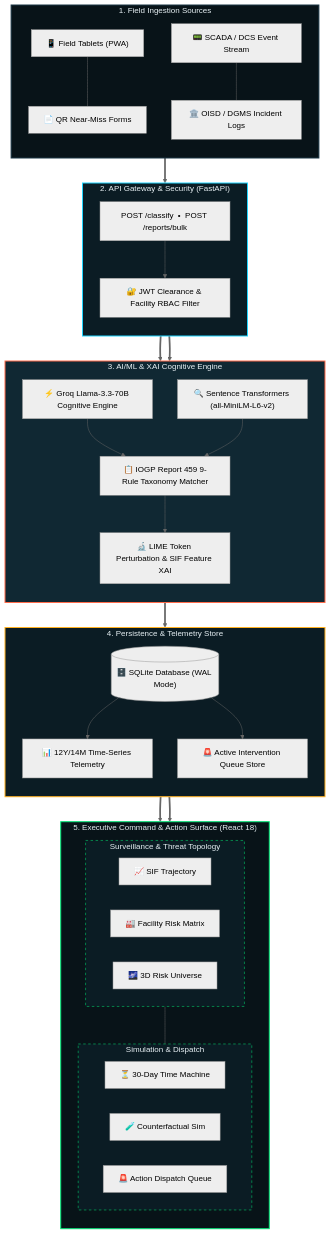
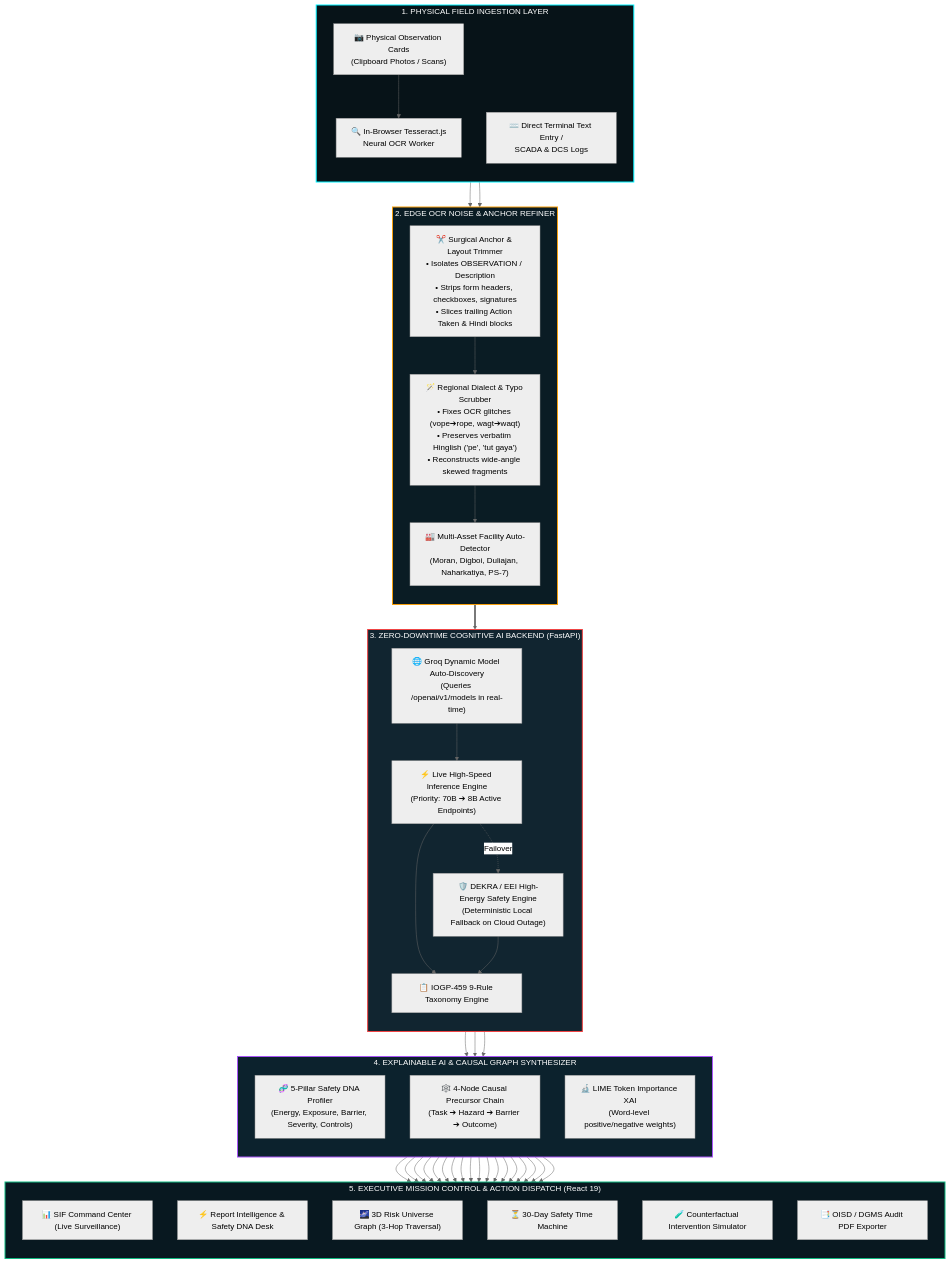
Before and after one commit to dharani25007-code/SENTINEL-X: the first of 5 diagrams in README.md, drawn with Mermaid (neutral theme). The commit also changed other lines of this file and 15 other files, not shown here.

Commit message:
feat(sih26165): add multi-modal card OCR, zero-downtime dynamic SIF engine, causal graph & comprehensive README architecture

````diff
--- a/README.md
+++ b/README.md
@@ -545,60 +100,56 @@
 ```mermaid
-flowchart TD
-    subgraph L1["1. Field Ingestion Sources"]
+graph TB
+    subgraph S1["1. PHYSICAL FIELD INGESTION LAYER"]
         direction TB
-        A1["📱 Field Tablets (PWA)"] --- A2["📄 QR Near-Miss Forms"]
-        A3["📟 SCADA / DCS Event Stream"] --- A4["🏛️ OISD / DGMS Incident Logs"]
+        IMG["📷 Physical Observation Cards<br/>(Clipboard Photos / Scans)"]
+        TXT["⌨️ Direct Terminal Text Entry /<br/>SCADA & DCS Logs"]
+        TESS["🔍 In-Browser Tesseract.js<br/>Neural OCR Worker"]
+        IMG --> TESS
     end
 
-    subgraph L2["2. API Gateway & Security (FastAPI)"]
+    subgraph S2["2. EDGE OCR NOISE & ANCHOR REFINER"]
         direction TB
-        B1["POST /classify  •  POST /reports/bulk"]
-        B2["🔐 JWT Clearance & Facility RBAC Filter"]
-        B1 --> B2
+        TRIM["✂️ Surgical Anchor & Layout Trimmer<br/>• Isolates OBSERVATION / Description<br/>• Strips form headers, checkboxes, signatures<br/>• Slices trailing Action Taken & Hindi blocks"]
+        TYPO["🪄 Regional Dialect & Typo Scrubber<br/>• Fixes OCR glitches (vope➔rope, wagt➔waqt)<br/>• Preserves verbatim Hinglish ('pe', 'tut gaya')<br/>• Reconstructs wide-angle skewed fragments"]
+        FAC["🏭 Multi-Asset Facility Auto-Detector<br/>(Moran, Digboi, Duliajan, Naharkatiya, PS-7)"]
+        TESS & TXT --> TRIM --> TYPO --> FAC
     end
 
-    subgraph L3["3. AI/ML & XAI Cognitive Engine"]
+    subgraph S3["3. ZERO-DOWNTIME COGNITIVE AI BACKEND (FastAPI)"]
         direction TB
-        C1["⚡ Groq Llama-3.3-70B Cognitive Engine"]
-        C2["🔍 Sentence Transformers (all-MiniLM-L6-v2)"]
-        C3["📋 IOGP Report 459 9-Rule Taxonomy Matcher"]
-        C4["🔬 LIME Token Perturbation & SIF Feature XAI"]
-        C1 & C2 --> C3 --> C4
+        DISC["🌐 Groq Dynamic Model Auto-Discovery<br/>(Queries /openai/v1/models in real-time)"]
+        LLM["⚡ Live High-Speed Inference Engine<br/>(Priority: 70B ➔ 8B Active Endpoints)"]
+        DEKRA["🛡️ DEKRA / EEI High-Energy Safety Engine<br/>(Deterministic Local Fallback on Cloud Outage)"]
+        IOGP["📋 IOGP-459 9-Rule Taxonomy Engine"]
+        DISC --> LLM
+        LLM -. "Failover" .-> DEKRA
+        LLM & DEKRA --> IOGP
     end
 
-    subgraph L4["4. Persistence & Telemetry Store"]
+    subgraph S4["4. EXPLAINABLE AI & CAUSAL GRAPH SYNTHESIZER"]
         direction TB
-        D1[("🗄️ SQLite Database (WAL Mode)")]
-        D2["📊 12Y/14M Time-Series Telemetry"]
-        D3["🚨 Active Intervention Queue Store"]
-        D1 --> D2 & D3
+        DNA["🧬 5-Pillar Safety DNA Profiler<br/>(Energy, Exposure, Barrier, Severity, Controls)"]
+        GRAPH["🕸️ 4-Node Causal Precursor Chain<br/>(Task ➔ Hazard ➔ Barrier ➔ Outcome)"]
+        LIME["🔬 LIME Token Importance XAI<br/>(Word-level positive/negative weights)"]
+        IOGP --> DNA & GRAPH & LIME
     end
 
-    subgraph L5["5. Executive Command & Action Surface (React 18)"]
+    subgraph S5["5. EXECUTIVE MISSION CONTROL & ACTION DISPATCH (React 19)"]
         direction TB
-        subgraph L5A["Surveillance & Threat Topology"]
-            E1["📈 SIF Trajectory"]
-            E2["🏭 Facility Risk Matrix"]
-            E3["🌌 3D Risk Universe"]
-        end
-        subgraph L5B["Simulation & Dispatch"]
-            E4["⏳ 30-Day Time Machine"]
-            E5["🧪 Counterfactual Sim"]
-            E6["🚨 Action Dispatch Queue"]
-        end
-        L5A --- L5B
+        CC["📊 SIF Command Center (Live Surveillance)"]
+        AI_UI["⚡ Report Intelligence & Safety DNA Desk"]
+        UNIV["🌌 3D Risk Universe Graph (3-Hop Traversal)"]
+        TIME["⏳ 30-Day Safety Time Machine"]
+        SIM["🧪 Counterfactual Intervention Simulator"]
+        PDF["📑 OISD / DGMS Audit PDF Exporter"]
+        DNA & GRAPH & LIME --> CC & AI_UI & UNIV & TIME & SIM & PDF
     end
 
-    L1 ==> B1
-    B2 ==> C1 & C2
-    C4 ==> D1
-    D2 & D3 ==> L5A
-
-    style L1 fill:#081318,stroke:#1A3644,stroke-width:2px,color:#E8F1F5
-    style L2 fill:#0B1C24,stroke:#21D4FD,stroke-width:2px,color:#E8F1F5
-    style L3 fill:#102833,stroke:#FF6B4A,stroke-width:2px,color:#E8F1F5
-    style L4 fill:#0B1C24,stroke:#FFB020,stroke-width:2px,color:#E8F1F5
-    style L5 fill:#081318,stroke:#00E676,stroke-width:2px,color:#E8F1F5
-    style L5A fill:#0B1C24,stroke:#00E676,stroke-dasharray: 5 5,color:#E8F1F5
-    style L5B fill:#0B1C24,stroke:#00E676,stroke-dasharray: 5 5,color:#E8F1F5
+    FAC ==> DISC
+    
+    style S1 fill:#071318,stroke:#00f3ff,stroke-width:2px,color:#fff
+    style S2 fill:#0a1c24,stroke:#f59e0b,stroke-width:2px,color:#fff
+    style S3 fill:#112530,stroke:#ef4444,stroke-width:2px,color:#fff
+    style S4 fill:#0c222d,stroke:#a855f7,stroke-width:2px,color:#fff
+    style S5 fill:#081820,stroke:#10b981,stroke-width:2px,color:#fff
 ```
````
